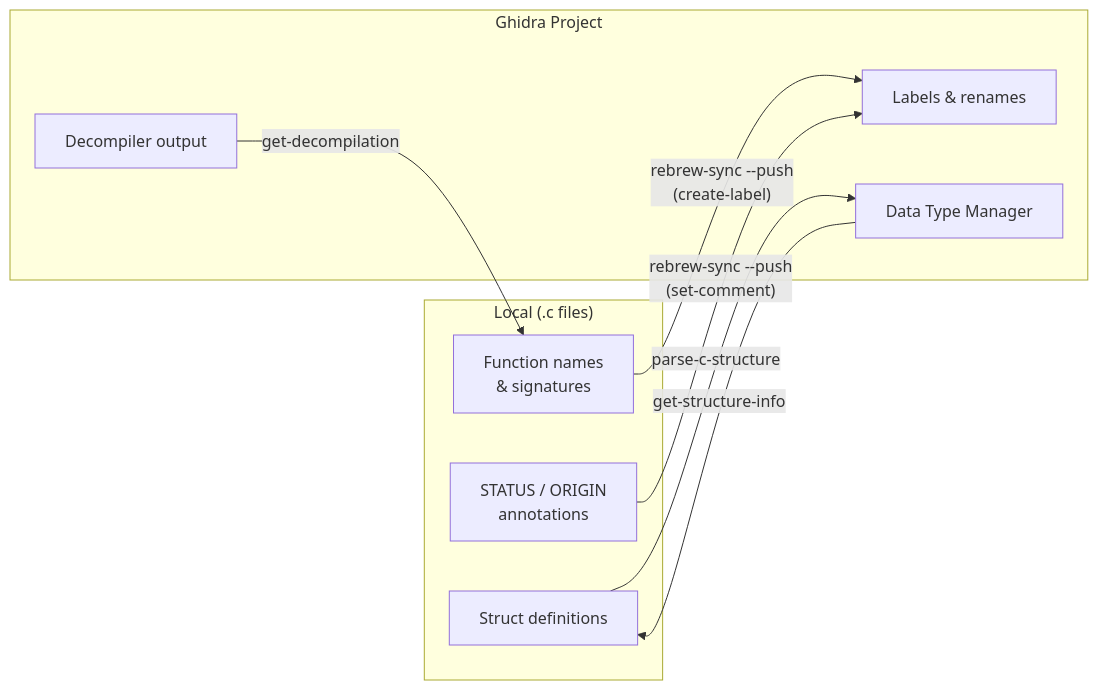
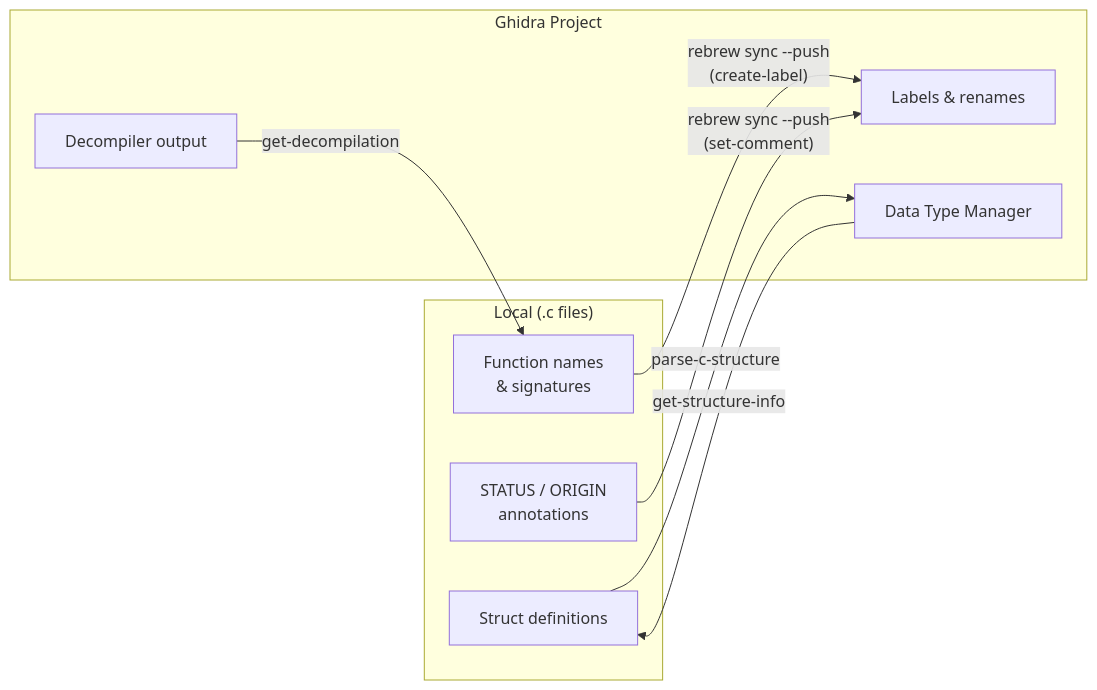
Before and after one commit to maci0/rebrew: the eighth of 16 diagrams in docs/USER_STORIES.md, drawn with Mermaid. The commit also changed other lines of this file and 16 other files, not shown here.

````diff
--- a/docs/USER_STORIES.md
+++ b/docs/USER_STORIES.md
@@ -276,20 +276,20 @@
 ```mermaid
 graph LR
     subgraph "Local (.c files)"
         L1["Function names<br/>& signatures"]
         L2["Struct definitions"]
         L3["STATUS / ORIGIN<br/>annotations"]
     end
 
     subgraph "Ghidra Project"
         G1["Labels & renames"]
         G2["Data Type Manager"]
         G3["Decompiler output"]
     end
 
-    L1 -->|"rebrew-sync --push<br/>(create-label)"| G1
-    L3 -->|"rebrew-sync --push<br/>(set-comment)"| G1
+    L1 -->|"rebrew sync --push<br/>(create-label)"| G1
+    L3 -->|"rebrew sync --push<br/>(set-comment)"| G1
     L2 -->|"parse-c-structure"| G2
     G3 -->|"get-decompilation"| L1
     G2 -->|"get-structure-info"| L2
 ```
````
